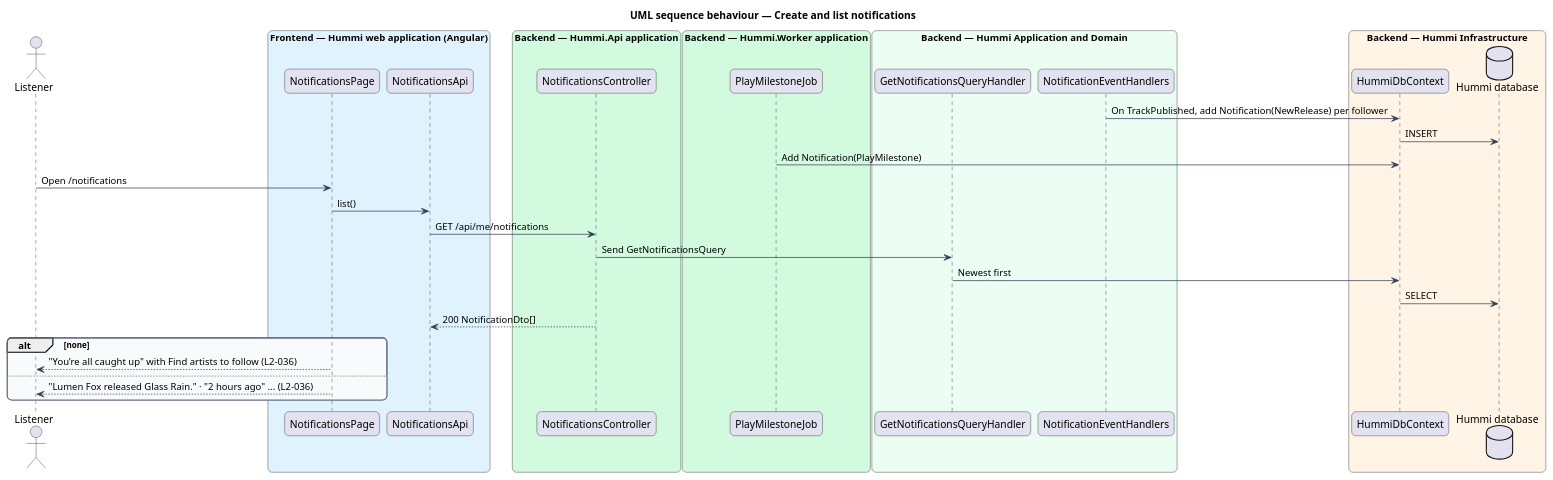
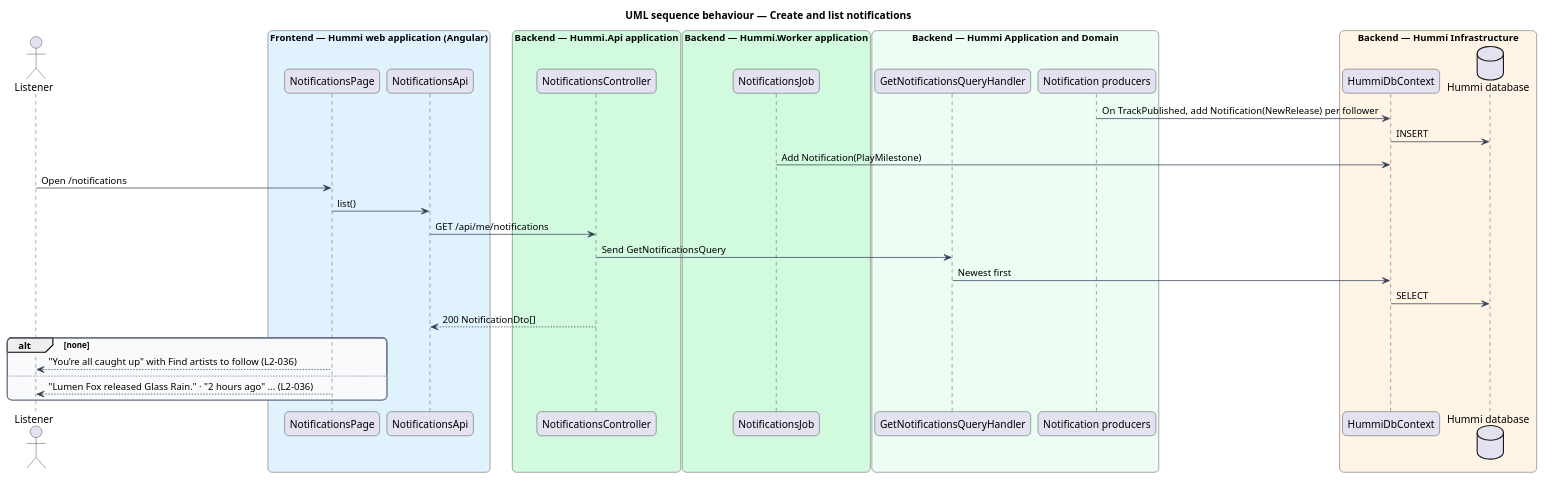
One commit to QuinntyneBrown/hummi changed the diagram in docs/detailed-designs/notifications/list-notifications/diagrams/sequence-list.puml. Above: the diagram before and after it, drawn with PlantUML. The commit also changed 56 other files, not shown here.

```diff
--- a/docs/detailed-designs/notifications/list-notifications/diagrams/sequence-list.puml
+++ b/docs/detailed-designs/notifications/list-notifications/diagrams/sequence-list.puml
@@ -1,51 +1,51 @@
 @startuml
 title UML sequence behaviour — Create and list notifications
 skinparam backgroundColor #FFFFFF
 skinparam shadowing false
 skinparam roundcorner 12
 skinparam defaultFontName Arial
 skinparam ArrowColor #344054
 skinparam rectangle {
   BorderColor #344054
   FontColor #101828
 }
 skinparam package {
   BorderColor #667085
   FontColor #101828
   BackgroundColor #F9FAFB
 }
 actor "Listener" as u
 box "Frontend — Hummi web application (Angular)" #E0F2FE
   participant "NotificationsPage" as page
   participant "NotificationsApi" as client
 end box
 box "Backend — Hummi.Api application" #D1FADF
   participant "NotificationsController" as ctl
 end box
 box "Backend — Hummi.Worker application" #D1FADF
-  participant "PlayMilestoneJob" as job
+  participant "NotificationsJob" as job
 end box
 box "Backend — Hummi Application and Domain" #ECFDF3
   participant "GetNotificationsQueryHandler" as q
-  participant "NotificationEventHandlers" as evt
+  participant "Notification producers" as evt
 end box
 box "Backend — Hummi Infrastructure" #FFF4E5
   participant "HummiDbContext" as ctx
   database "Hummi database" as db
 end box
 evt -> ctx : On TrackPublished, add Notification(NewRelease) per follower
 ctx -> db : INSERT
 job -> ctx : Add Notification(PlayMilestone)
 u -> page : Open /notifications
 page -> client : list()
 client -> ctl : GET /api/me/notifications
 ctl -> q : Send GetNotificationsQuery
 q -> ctx : Newest first
 ctx -> db : SELECT
 ctl --> client : 200 NotificationDto[]
 alt none
   page --> u : "You’re all caught up" with Find artists to follow (L2-036)
 else
   page --> u : "Lumen Fox released Glass Rain." · "2 hours ago" ... (L2-036)
 end
 @enduml
```
